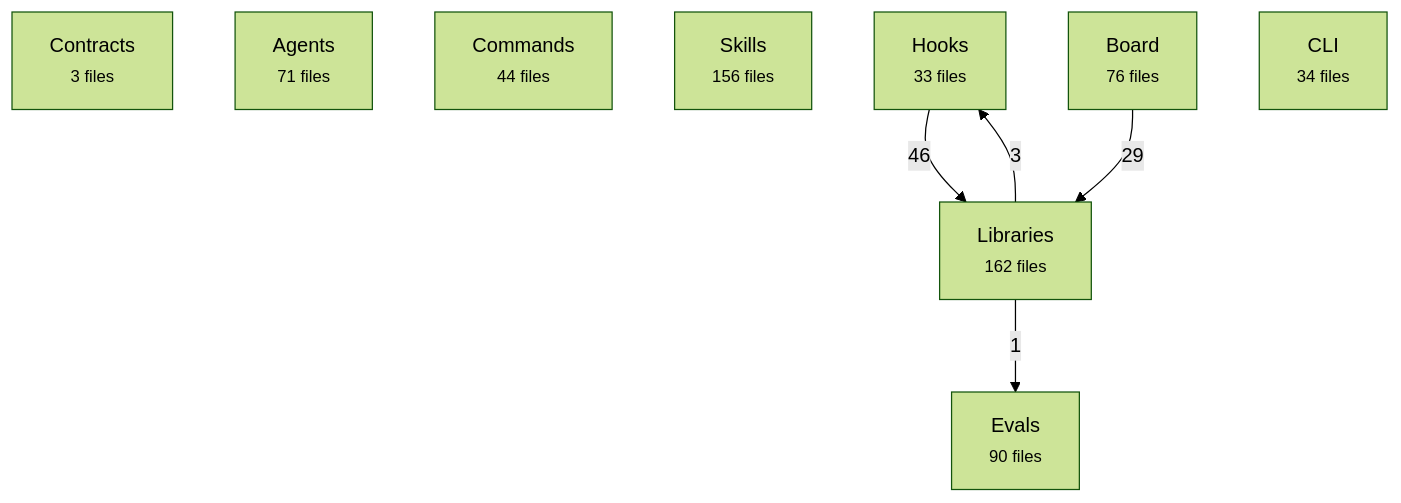
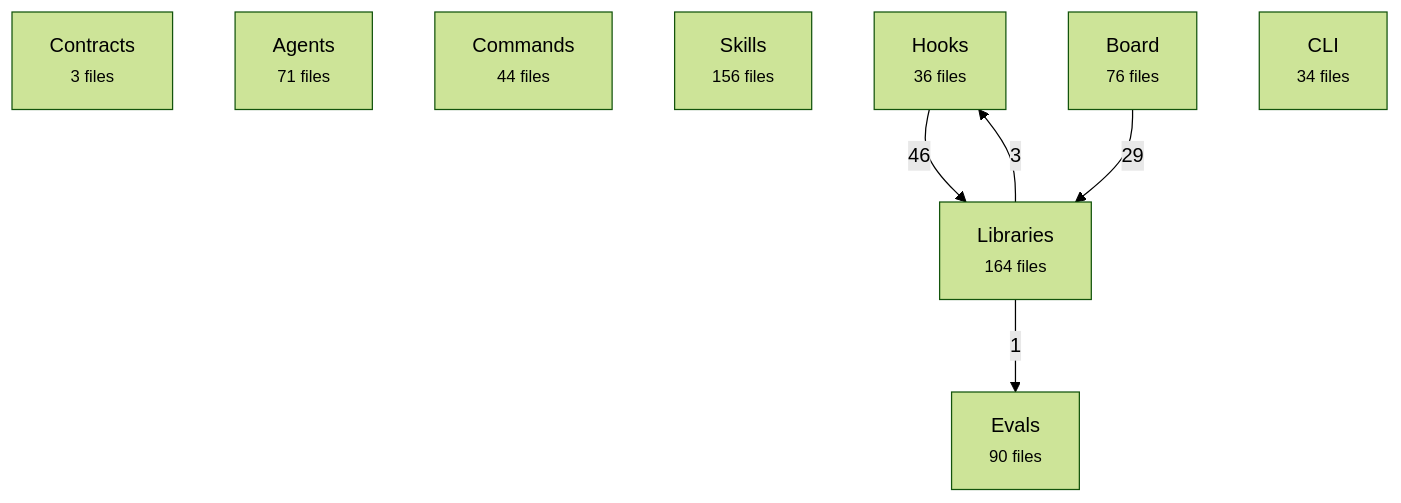
One commit to avelikiy/great_cto changed the first of 2 diagrams in docs/reference/architecture-map.md. Above: the diagram before and after it, drawn with Mermaid (forest theme). The commit also changed other lines of this file and 3 other files, not shown here.

````diff
--- a/docs/reference/architecture-map.md
+++ b/docs/reference/architecture-map.md
@@ -20,16 +20,16 @@
 ```mermaid
 flowchart TD
   contracts["Contracts<br/><small>3 files</small>"]
   agents["Agents<br/><small>71 files</small>"]
   commands["Commands<br/><small>44 files</small>"]
   skills["Skills<br/><small>156 files</small>"]
-  hooks["Hooks<br/><small>33 files</small>"]
-  libs["Libraries<br/><small>162 files</small>"]
+  hooks["Hooks<br/><small>36 files</small>"]
+  libs["Libraries<br/><small>164 files</small>"]
   board["Board<br/><small>76 files</small>"]
   cli["CLI<br/><small>34 files</small>"]
   evals["Evals<br/><small>90 files</small>"]
   hooks -->|46| libs
   board -->|29| libs
   libs -->|3| hooks
   libs -->|1| evals
 ```
````
